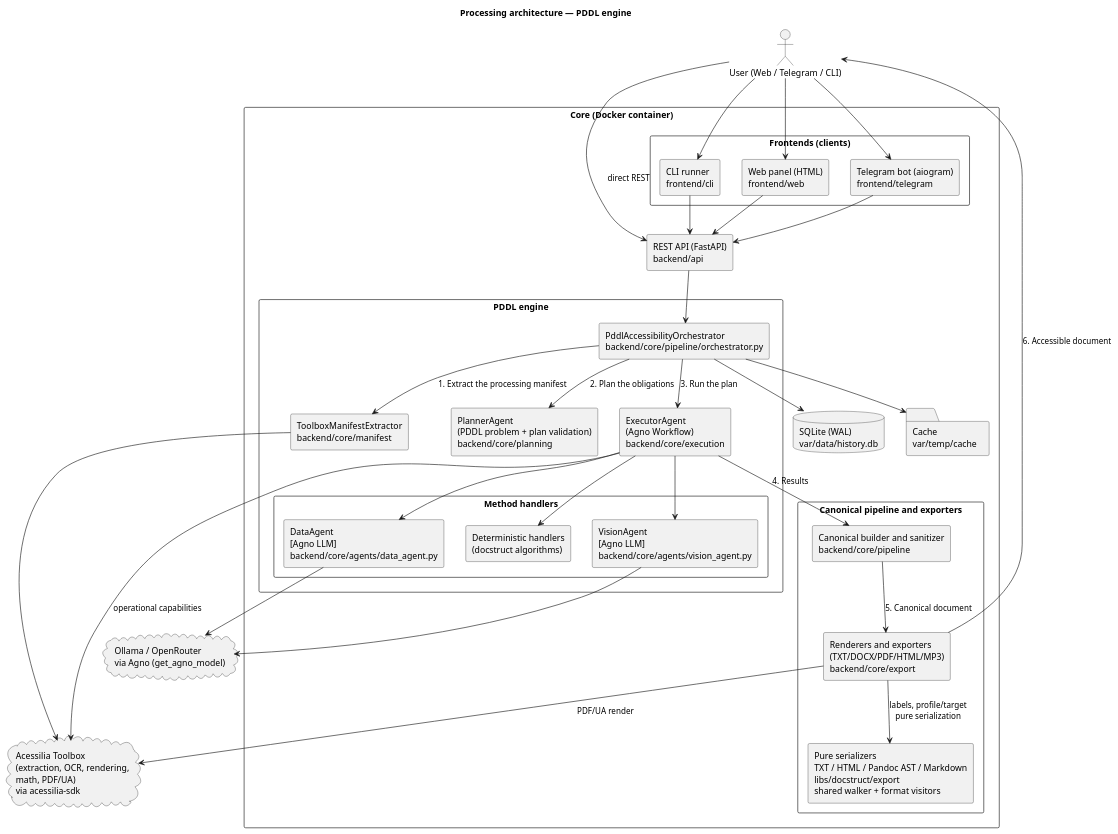
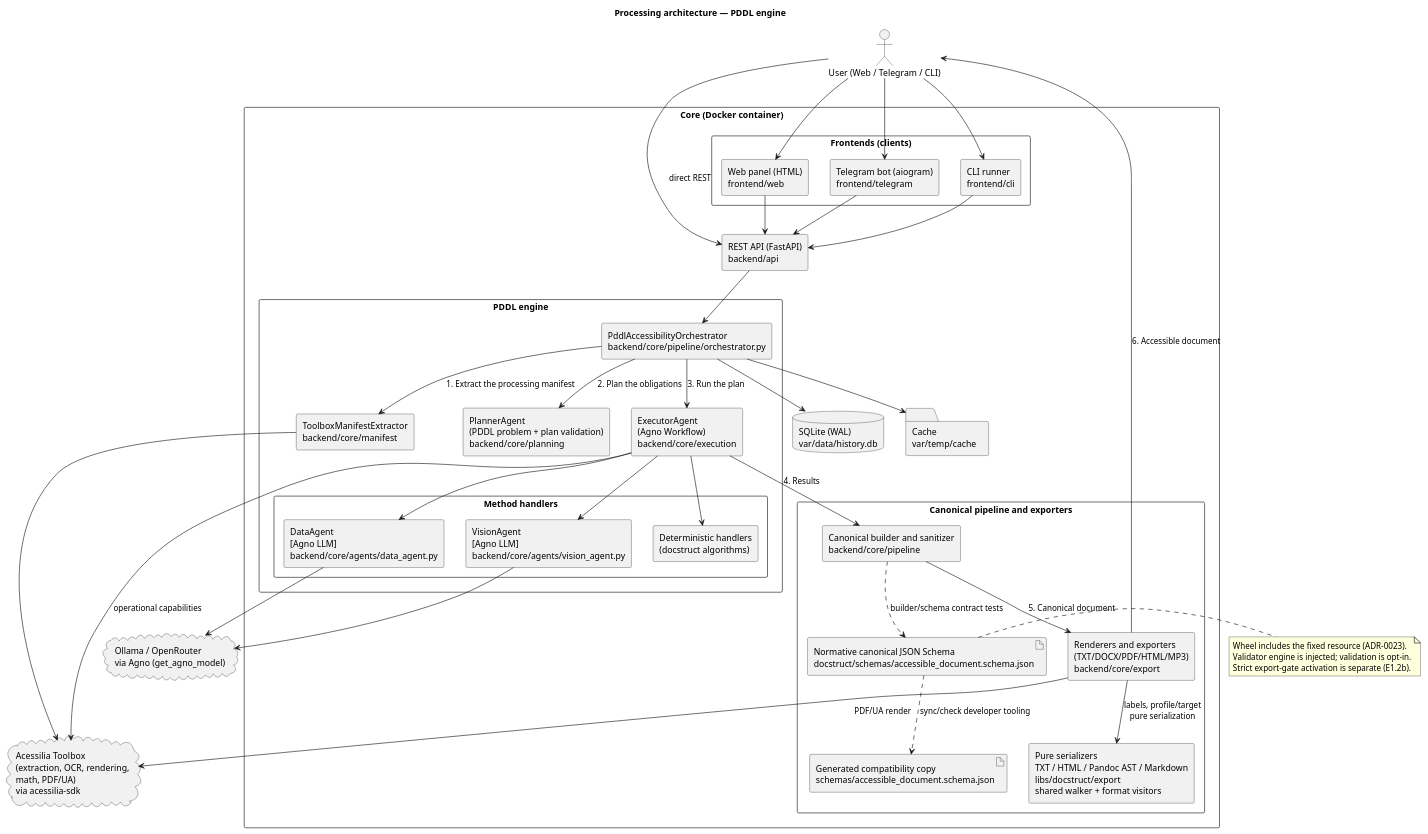
The diagram in docs/architecture/architecture.puml (A11yDevs/acessilia), drawn with PlantUML before and after one commit. The commit also changed 26 other files, not shown here.

Commit message:
feat(docstruct): package canonical schema with injected validation (#371)

```diff
--- a/docs/architecture/architecture.puml
+++ b/docs/architecture/architecture.puml
@@ -1,76 +1,85 @@
 @startuml architecture
 skinparam componentStyle rectangle
 skinparam shadowing false
 skinparam packageStyle rectangle
 
 title Processing architecture — PDDL engine
 
 actor "User (Web / Telegram / CLI)" as User
 
 package "Core (Docker container)" {
 
   package "Frontends (clients)" {
     component "Web panel (HTML)\nfrontend/web" as WebUI
     component "Telegram bot (aiogram)\nfrontend/telegram" as TelegramBot
     component "CLI runner\nfrontend/cli" as CLI
   }
 
   component "REST API (FastAPI)\nbackend/api" as API
 
   package "PDDL engine" {
     component "PddlAccessibilityOrchestrator\nbackend/core/pipeline/orchestrator.py" as Orchestrator
     component "ToolboxManifestExtractor\nbackend/core/manifest" as Manifest
     component "PlannerAgent\n(PDDL problem + plan validation)\nbackend/core/planning" as Planner
     component "ExecutorAgent\n(Agno Workflow)\nbackend/core/execution" as Executor
 
     package "Method handlers" {
       component "VisionAgent\n[Agno LLM]\nbackend/core/agents/vision_agent.py" as Vision
       component "DataAgent\n[Agno LLM]\nbackend/core/agents/data_agent.py" as Data
       component "Deterministic handlers\n(docstruct algorithms)" as Deterministic
     }
   }
 
   package "Canonical pipeline and exporters" {
     component "Canonical builder and sanitizer\nbackend/core/pipeline" as Pipeline
     component "Renderers and exporters\n(TXT/DOCX/PDF/HTML/MP3)\nbackend/core/export" as Exporters
     component "Pure serializers\nTXT / HTML / Pandoc AST / Markdown\nlibs/docstruct/export\nshared walker + format visitors" as PureExports
+    artifact "Normative canonical JSON Schema\ndocstruct/schemas/accessible_document.schema.json" as CanonicalSchema
+    artifact "Generated compatibility copy\nschemas/accessible_document.schema.json" as SchemaCopy
   }
 
   database "SQLite (WAL)\nvar/data/history.db" as DB
   folder "Cache\nvar/temp/cache" as Cache
 }
 
 cloud "Acessilia Toolbox\n(extraction, OCR, rendering,\nmath, PDF/UA)\nvia acessilia-sdk" as Toolbox
 cloud "Ollama / OpenRouter\nvia Agno (get_agno_model)" as AI
 
 User --> WebUI
 User --> TelegramBot
 User --> CLI
 User --> API : direct REST
 
 WebUI --> API
 TelegramBot --> API
 CLI --> API
 API --> Orchestrator
 
 Orchestrator --> DB
 Orchestrator --> Cache
 
 Orchestrator --> Manifest : 1. Extract the processing manifest
 Manifest --> Toolbox
 Orchestrator --> Planner : 2. Plan the obligations
 Orchestrator --> Executor : 3. Run the plan
 Executor --> Vision
 Executor --> Data
 Executor --> Deterministic
 Executor --> Toolbox : operational capabilities
 Vision --> AI
 Data --> AI
 
 Executor --> Pipeline : 4. Results
 Pipeline --> Exporters : 5. Canonical document
+Pipeline ..> CanonicalSchema : builder/schema contract tests
+CanonicalSchema ..> SchemaCopy : sync/check developer tooling
+note right of CanonicalSchema
+  Wheel includes the fixed resource (ADR-0023).
+  Validator engine is injected; validation is opt-in.
+  Strict export-gate activation is separate (E1.2b).
+end note
 Exporters --> PureExports : labels, profile/target\npure serialization
 Exporters --> Toolbox : PDF/UA render
 Exporters --> User : 6. Accessible document
 
 @enduml
```
